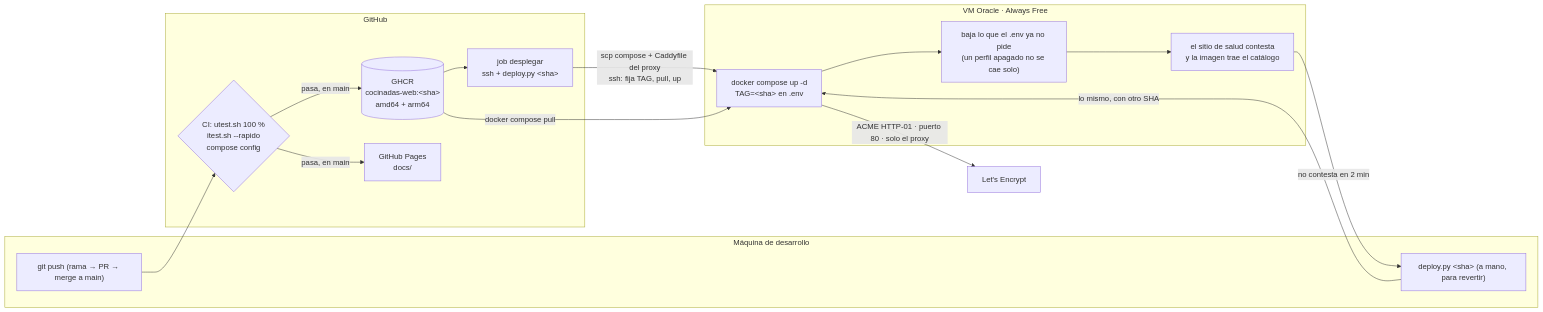
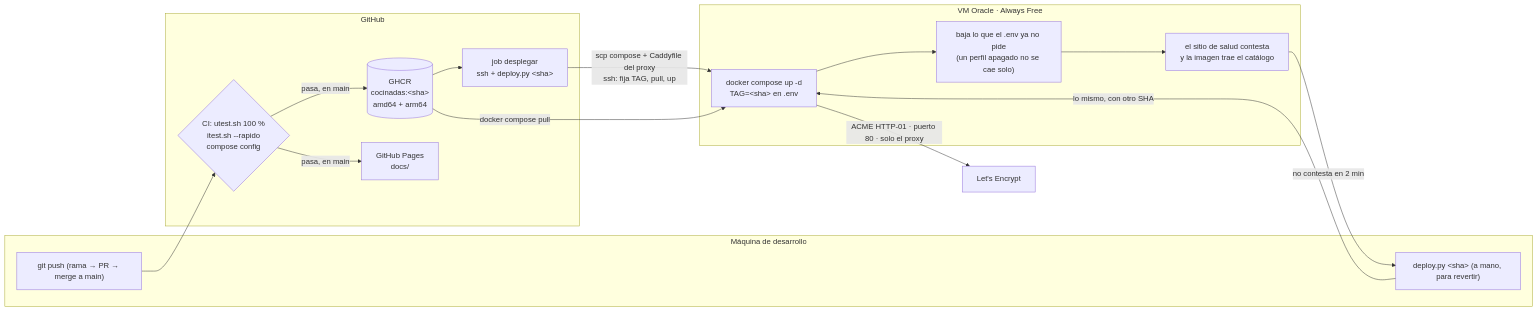
One commit to carlos-illobre/cocinadas changed the diagram in docs/diagrams/despliegue.mmd. Above: the diagram before and after it, drawn with Mermaid. The commit also changed 9 other files, not shown here.

```diff
--- a/docs/diagrams/despliegue.mmd
+++ b/docs/diagrams/despliegue.mmd
@@ -1,27 +1,27 @@
 flowchart LR
   subgraph dev["Máquina de desarrollo"]
     push["git push (rama → PR → merge a main)"]
     manual["deploy.py &lt;sha&gt; (a mano, para revertir)"]
   end
   subgraph gh["GitHub"]
     ci{"CI: utest.sh 100 %<br/>itest.sh --rapido<br/>compose config"}
-    ghcr[("GHCR<br/>cocinadas-web:&lt;sha&gt;<br/>amd64 + arm64")]
+    ghcr[("GHCR<br/>cocinadas:&lt;sha&gt;<br/>amd64 + arm64")]
     pages["GitHub Pages<br/>docs/"]
     deploy["job desplegar<br/>ssh + deploy.py &lt;sha&gt;"]
   end
   subgraph vm["VM Oracle · Always Free"]
     compose["docker compose up -d<br/>TAG=&lt;sha&gt; en .env"]
     limpieza["baja lo que el .env ya no pide<br/>(un perfil apagado no se cae solo)"]
     health["el sitio de salud contesta<br/>y la imagen trae el catálogo"]
   end
   le["Let's Encrypt"]
   push --> ci
   ci -- "pasa, en main" --> ghcr
   ci -- "pasa, en main" --> pages
   ghcr --> deploy
   deploy -- "scp compose + Caddyfile del proxy<br/>ssh: fija TAG, pull, up" --> compose
   manual -- "lo mismo, con otro SHA" --> compose
   ghcr -- "docker compose pull" --> compose
   compose --> limpieza --> health
   health -- "no contesta en 2 min" --> manual
   compose -- "ACME HTTP-01 · puerto 80 · solo el proxy" --> le
```
